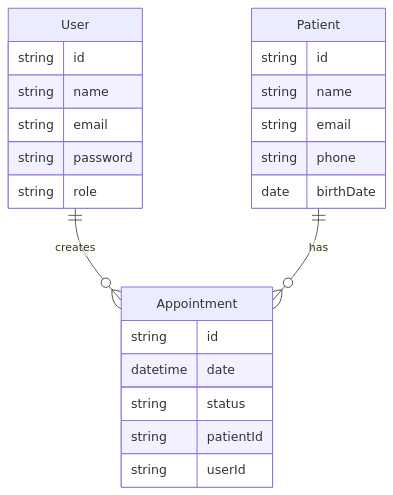
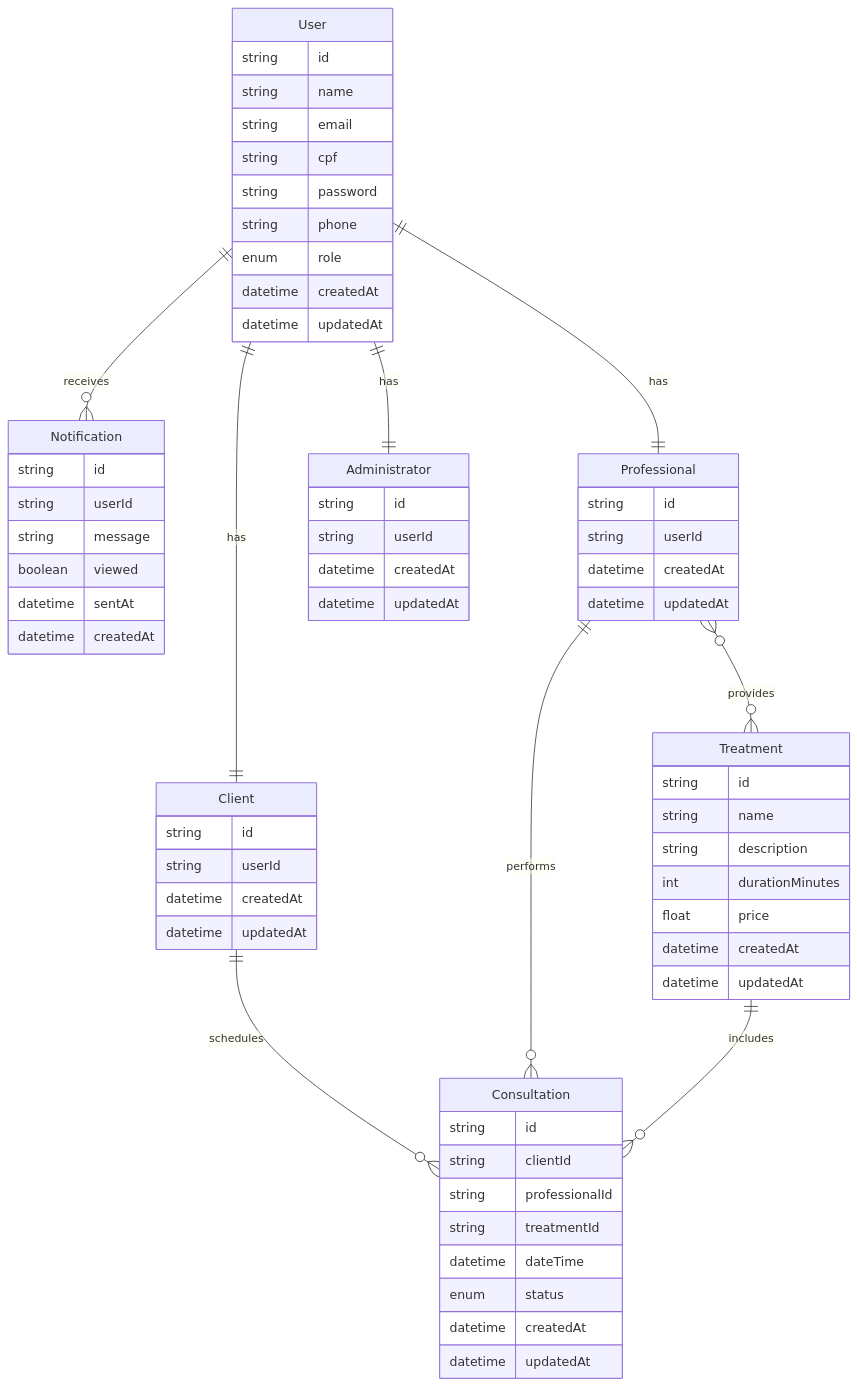
Before and after one commit to GabrielVitorSilva/OdontoApp_BackEnd: the second of 3 diagrams in Documentation.md, drawn with Mermaid.

Commit message:
feat: atualizar diagrama de banco de dados com novas entidades e relacionamentos

````diff
--- a/Documentation.md
+++ b/Documentation.md
@@ -451,26 +451,74 @@
 ```mermaid
 erDiagram
-    User ||--o{ Appointment : creates
-    Patient ||--o{ Appointment : has
+    User ||--o{ Notification : receives
+    User ||--|| Client : has
+    User ||--|| Professional : has
+    User ||--|| Administrator : has
+    Professional }o--o{ Treatment : provides
+    Client ||--o{ Consultation : schedules
+    Professional ||--o{ Consultation : performs
+    Treatment ||--o{ Consultation : includes
+
     User {
         string id
         string name
         string email
+        string cpf
         string password
-        string role
+        string phone
+        enum role
+        datetime createdAt
+        datetime updatedAt
     }
-    Patient {
+
+    Client {
+        string id
+        string userId
+        datetime createdAt
+        datetime updatedAt
+    }
+
+    Professional {
+        string id
+        string userId
+        datetime createdAt
+        datetime updatedAt
+    }
+
+    Administrator {
+        string id
+        string userId
+        datetime createdAt
+        datetime updatedAt
+    }
+
+    Treatment {
         string id
         string name
-        string email
-        string phone
-        date birthDate
+        string description
+        int durationMinutes
+        float price
+        datetime createdAt
+        datetime updatedAt
     }
-    Appointment {
+
+    Consultation {
         string id
-        datetime date
-        string status
-        string patientId
+        string clientId
+        string professionalId
+        string treatmentId
+        datetime dateTime
+        enum status
+        datetime createdAt
+        datetime updatedAt
+    }
+
+    Notification {
+        string id
         string userId
+        string message
+        boolean viewed
+        datetime sentAt
+        datetime createdAt
     }
 ```
````
